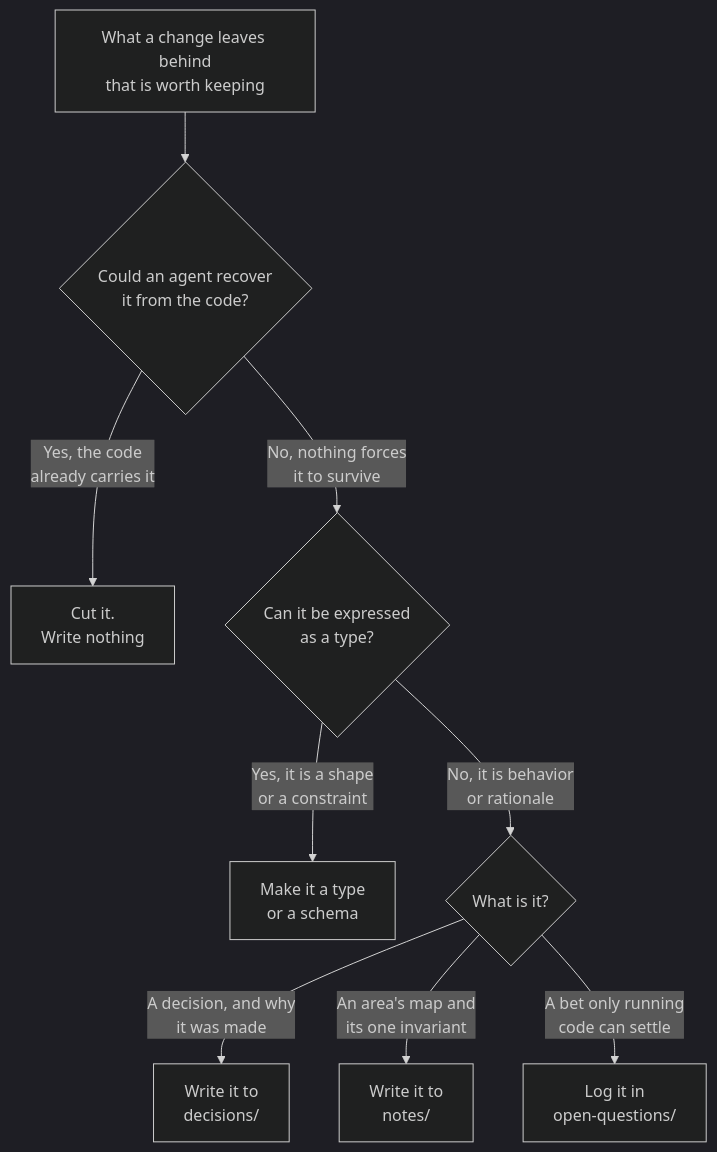
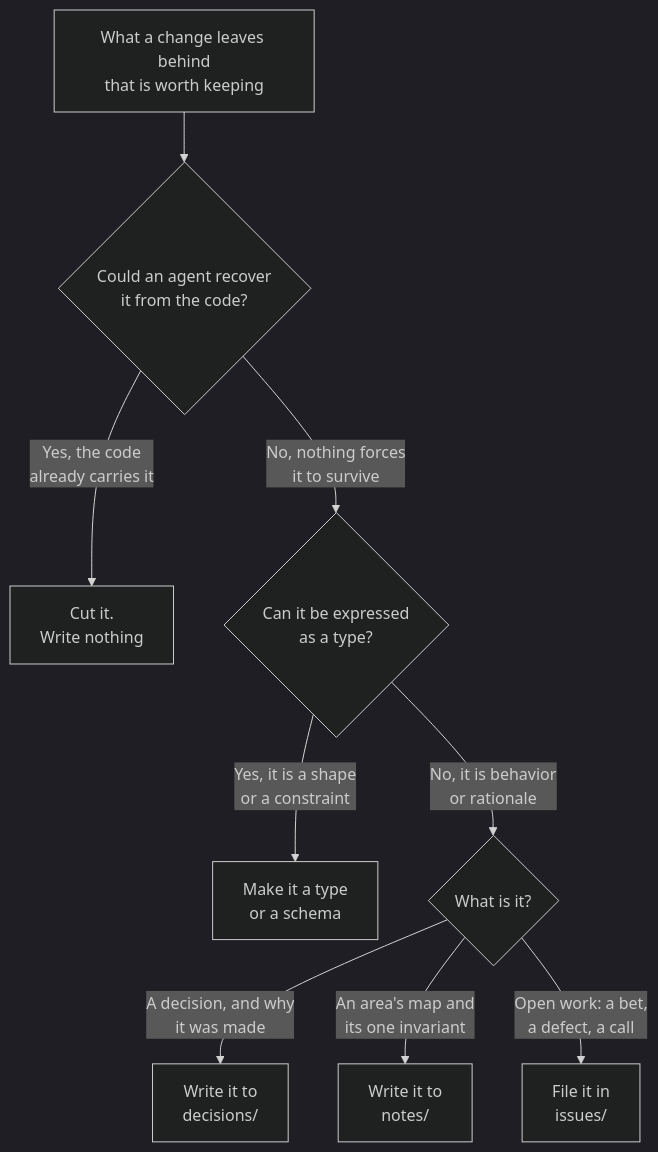
The first of 4 diagrams in docs/model.md (dominik-rehse/hone), drawn with Mermaid (dark theme) before and after one commit. The commit also changed other lines of this file and 25 other files, not shown here.

First line of the commit message:
feat(issues): replace open questions with typed issue files

````diff
--- a/docs/model.md
+++ b/docs/model.md
@@ -84,11 +84,11 @@
 ```mermaid
 flowchart TD
     r["What a change leaves behind<br/>that is worth keeping"] --> cut{"Could an agent recover<br/>it from the code?"}
     cut -->|"Yes, the code<br/>already carries it"| drop["Cut it.<br/>Write nothing"]
     cut -->|"No, nothing forces<br/>it to survive"| shape{"Can it be expressed<br/>as a type?"}
     shape -->|"Yes, it is a shape<br/>or a constraint"| type["Make it a type<br/>or a schema"]
     shape -->|"No, it is behavior<br/>or rationale"| kind{"What is it?"}
     kind -->|"A decision, and why<br/>it was made"| dec["Write it to<br/>decisions/"]
     kind -->|"An area's map and<br/>its one invariant"| note["Write it to<br/>notes/"]
-    kind -->|"A bet only running<br/>code can settle"| oq["Log it in<br/>open-questions/"]
+    kind -->|"Open work: a bet,<br/>a defect, a call"| oq["File it in<br/>issues/"]
 ```
````
